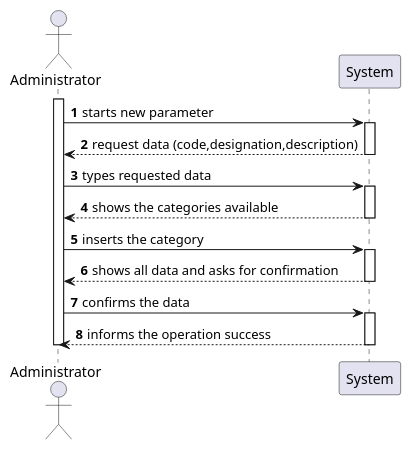
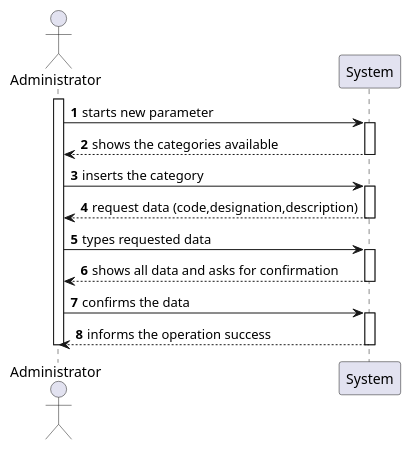
The diagram in docs/SprintB/US10/US10_SSD.puml (manu-07-ela/LAPR2_ISEP), drawn with PlantUML before and after one commit.

Commit message:
Updating US10 SSD - Changing the order

```diff
--- a/docs/SprintB/US10/US10_SSD.puml
+++ b/docs/SprintB/US10/US10_SSD.puml
@@ -1,30 +1,31 @@
 @startuml
 'https://plantuml.com/sequence-diagram
 
 autonumber
 actor Administrator
 activate Administrator
 Administrator -> System: starts new parameter
 activate System
+System --> Administrator : shows the categories available
+deactivate System
 
+
+Administrator -> System: inserts the category
+activate System
 System --> Administrator : request data (code,designation,description)
 deactivate System
+
 Administrator -> System: types requested data
-activate System
-System --> Administrator : shows the categories available
-deactivate System
-Administrator -> System: inserts the category
-
 activate System
 System --> Administrator : shows all data and asks for confirmation
 deactivate System
 
+
 Administrator -> System: confirms the data
-
 activate System
 System --> Administrator : informs the operation success
 deactivate System
 deactivate Administrator
 
 
 @enduml
```
